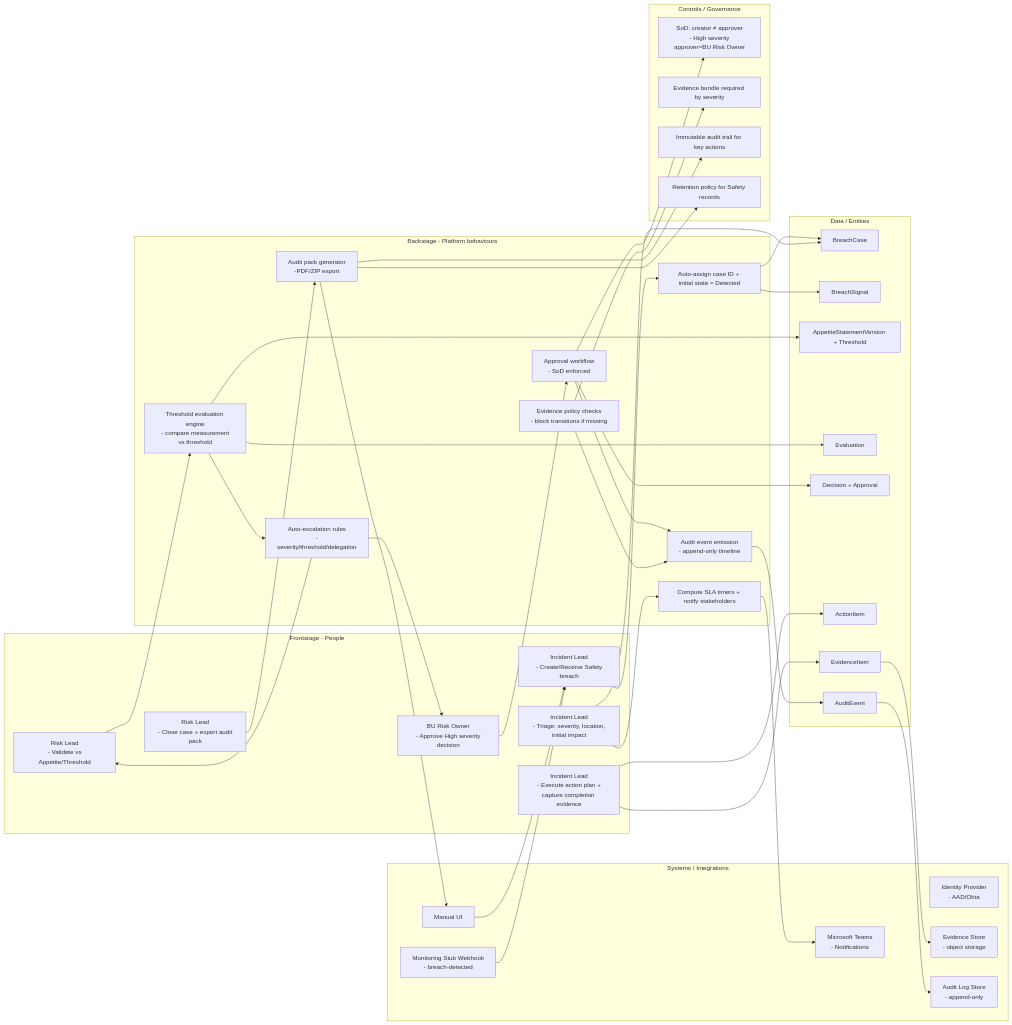
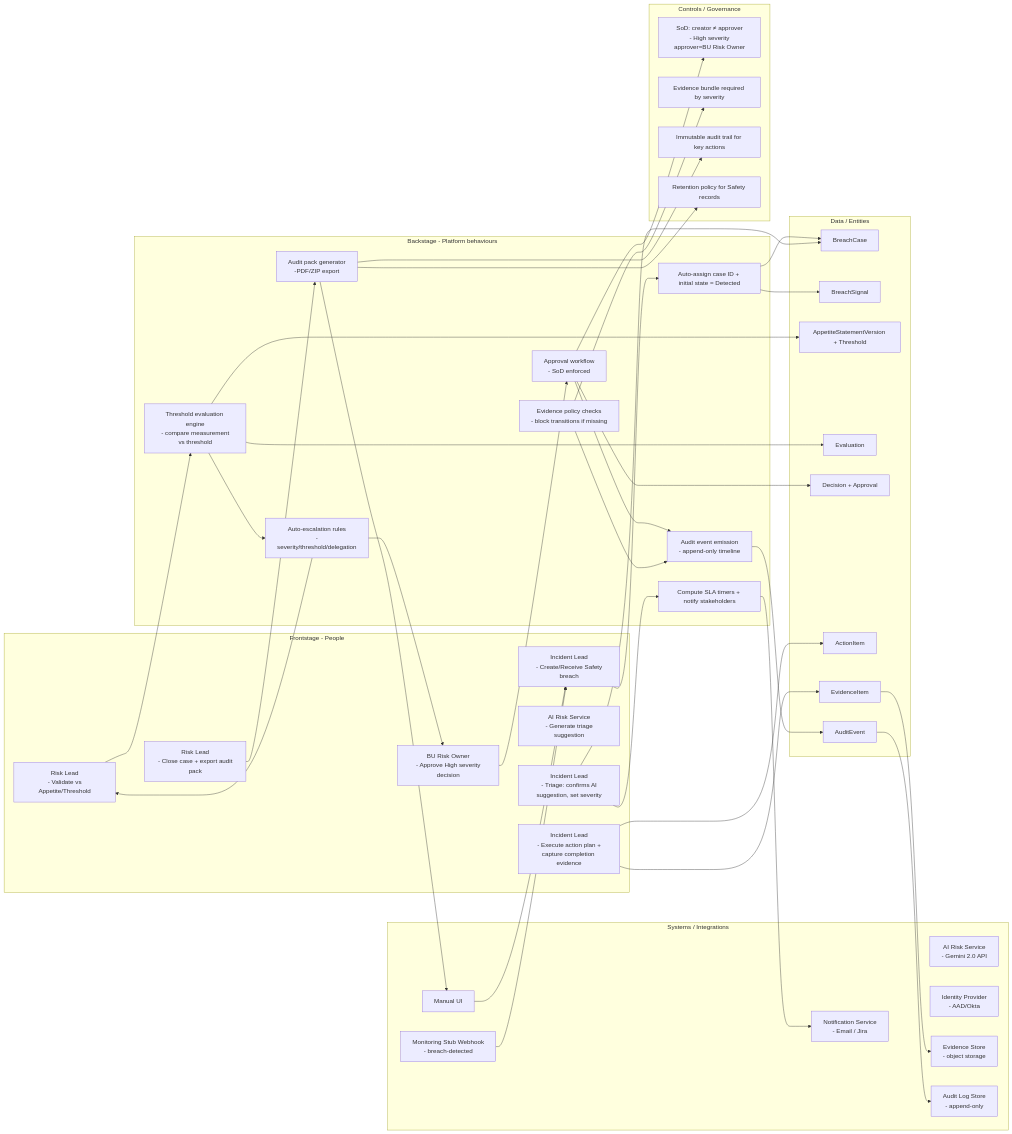
Before and after one commit to Domtellis/erm-platform: the diagram in content/enterprise-architecture/05-product/01-prds/sb-01/service-blueprint.mmd, drawn with Mermaid. The commit also changed 158 other files, not shown here.

```diff
--- a/content/enterprise-architecture/05-product/01-prds/sb-01/service-blueprint.mmd
+++ b/content/enterprise-architecture/05-product/01-prds/sb-01/service-blueprint.mmd
@@ -1,80 +1,82 @@
 flowchart LR
 
 %% SB-01 Service Blueprint -Safety
 %% Layers represented as lanes: Frontstage, Backstage, Systems, Data, Controls
 
 subgraph Frontstage["Frontstage - People"]
   IL1["Incident Lead\n - Create/Receive Safety breach"]
-  IL2["Incident Lead\n - Triage: severity, location, initial impact"]
+  AI1["AI Risk Service\n - Generate triage suggestion"]
+  IL2["Incident Lead\n - Triage: confirms AI suggestion, set severity"]
   RL1["Risk Lead\n - Validate vs Appetite/Threshold"]
   BU1["BU Risk Owner\n - Approve High severity decision"]
   IL3["Incident Lead\n - Execute action plan + capture completion evidence"]
   RL2["Risk Lead\n - Close case + export audit pack"]
 end
 
 subgraph Backstage["Backstage - Platform behaviours"]
   P1["Auto-assign case ID + initial state = Detected"]
   P2["Compute SLA timers + notify stakeholders"]
   P3["Threshold evaluation engine\n - compare measurement vs threshold"]
   P4["Auto-escalation rules\n - severity/threshold/delegation"]
   P5["Approval workflow\n - SoD enforced "]
   P6["Audit event emission\n - append-only timeline"]
   P7["Evidence policy checks\n - block transitions if missing"]
   P8["Audit pack generator\n -PDF/ZIP export"]
 end
 
 subgraph Systems["Systems / Integrations"]
   S1["Manual UI"]
   S2["Monitoring Stub Webhook\n - breach-detected"]
-  S3["Microsoft Teams\n - Notifications"]
+  S3["Notification Service\n - Email / Jira"]
+  S7["AI Risk Service\n - Gemini 2.0 API"]
   S4["Identity Provider\n - AAD/Okta"]
   S5["Evidence Store\n - object storage"]
   S6["Audit Log Store\n - append-only"]
 end
 
 subgraph Data["Data / Entities"]
   D1["BreachCase"]
   D2["BreachSignal"]
   D3["AppetiteStatementVersion + Threshold"]
   D4["Evaluation"]
   D5["Decision + Approval"]
   D6["ActionItem"]
   D7["EvidenceItem"]
   D8["AuditEvent"]
 end
 
 subgraph Controls["Controls / Governance"]
   C1["SoD: creator ≠ approver\n - High severity approver=BU Risk Owner"] 
   C2["Evidence bundle required by severity"]
   C3["Immutable audit trail for key actions"]
   C4["Retention policy for Safety records"]
 end
 
 %% Flow connections
 S1 --> IL1
 S2 --> IL1
 IL1 --> P1 --> D1
 P1 --> D2
 
 IL2 --> P2 --> S3
 IL2 --> D1
 
 RL1 --> P3 --> D4
 P3 --> D3
 P3 --> P4
 
 P4 --> RL1
 P4 --> BU1
 
 BU1 --> P5 --> D5
 P5 --> C1
 P5 --> P6 --> D8 --> S6
 
 IL3 --> D6
 IL3 --> D7 --> S5
 P7 --> C2
 P7 --> P6
 
 RL2 --> P8 --> C3
 P8 --> C4
 P8 --> S1
```
